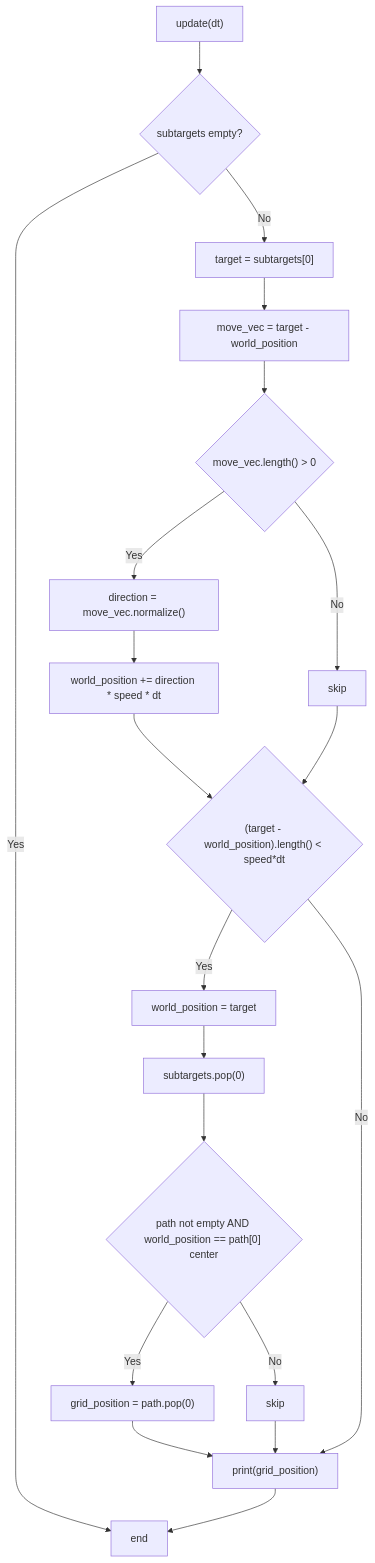
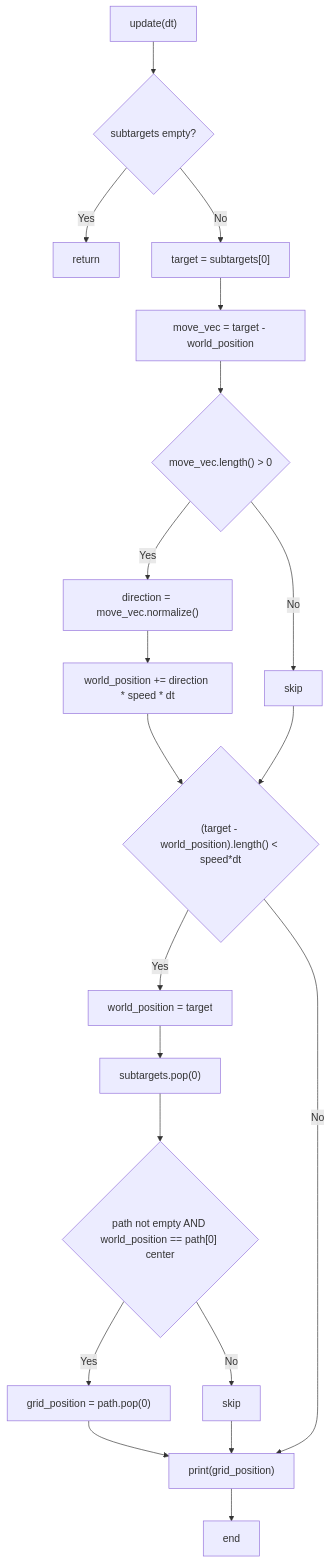
Before and after one commit to Askemanden/dasSpiel: diagram 13 of 16 in README.md, drawn with Mermaid. The commit also changed other lines of this file, not shown here.

Commit message:
Fix duplicate values in flowchart

````diff
--- a/README.md
+++ b/README.md
@@ -605,22 +605,22 @@
 ```mermaid
 flowchart TD
     A["update(dt)"] --> B{"subtargets empty?"}
-    B -- Yes --> Z["return"]
+    B -- Yes --> Y["return"]
     B -- No --> C["target = subtargets[0]"]
     C --> D["move_vec = target - world_position"]
     D --> E{"move_vec.length() > 0"}
     E -- Yes --> F["direction = move_vec.normalize()"]
     F --> G["world_position += direction * speed * dt"]
     E -- No --> H["skip"]
     G --> I{"(target - world_position).length() < speed*dt"}
     H --> I
     I -- Yes --> J["world_position = target"]
     J --> K["subtargets.pop(0)"]
     K --> L{"path not empty AND world_position == path[0] center"}
     L -- Yes --> M["grid_position = path.pop(0)"]
     L -- No --> N["skip"]
     M --> O["print(grid_position)"]
     N --> O
     I -- No --> O
     O --> Z["end"]
 ```
````
